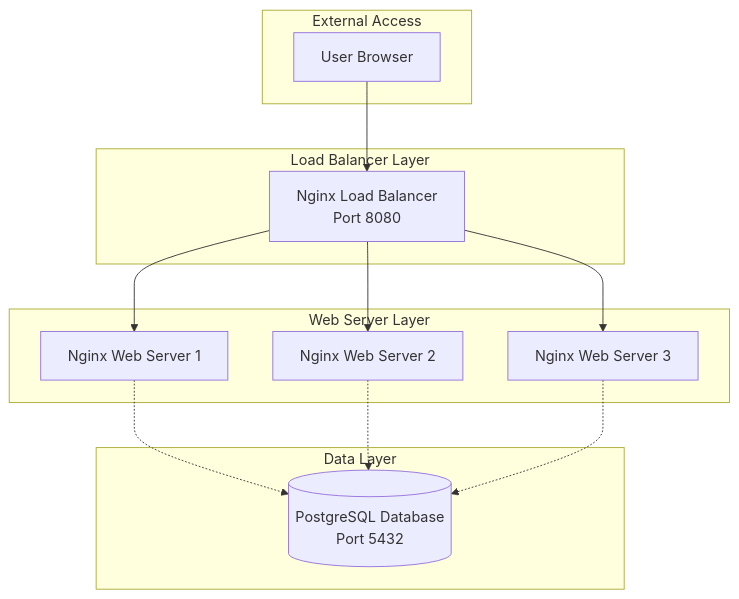
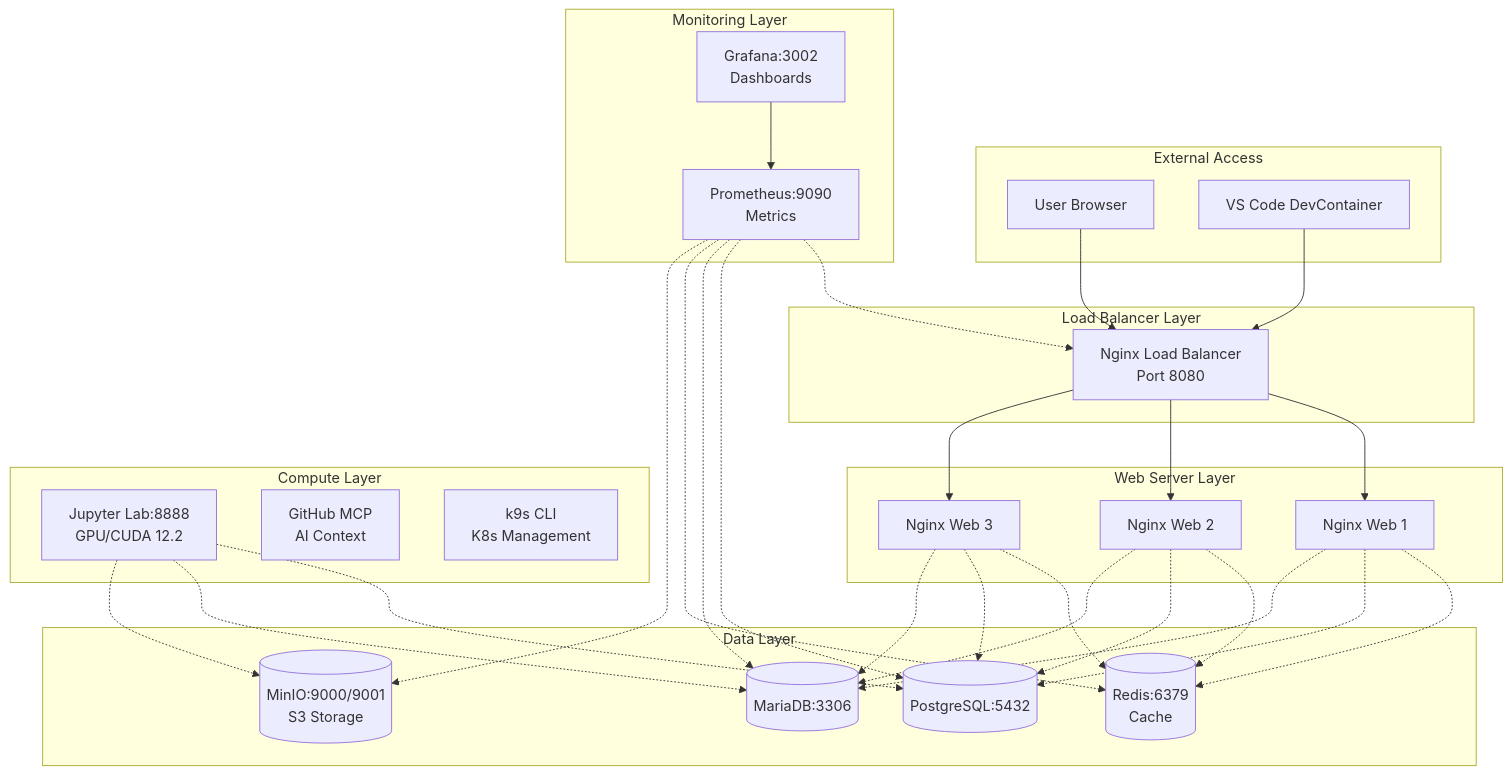
Before and after one commit to DeanLuus22021994/docker_dotfiles: the diagram in docs/architecture.md, drawn with Mermaid. The commit also changed 29 other files, not shown here.

First line of the commit message:
feat: Modern Data Platform v2.0 - Complete restructure with GPU, dual DBs, monitoring, AI integration

````diff
--- a/docs/architecture.md
+++ b/docs/architecture.md
@@ -7,28 +7,45 @@
 ```mermaid
 graph TB
     subgraph "External Access"
         User[User Browser]
+        DevContainer[VS Code DevContainer]
     end
 
     subgraph "Load Balancer Layer"
         LB[Nginx Load Balancer<br/>Port 8080]
     end
 
     subgraph "Web Server Layer"
-        Web1[Nginx Web Server 1]
-        Web2[Nginx Web Server 2]
-        Web3[Nginx Web Server 3]
+        Web1[Nginx Web 1]
+        Web2[Nginx Web 2]
+        Web3[Nginx Web 3]
     end
 
     subgraph "Data Layer"
-        PostgreSQL[(PostgreSQL Database<br/>Port 5432)]
+        PostgreSQL[(PostgreSQL:5432)]
+        MariaDB[(MariaDB:3306)]
+        Redis[(Redis:6379<br/>Cache)]
+        MinIO[(MinIO:9000/9001<br/>S3 Storage)]
+    end
+
+    subgraph "Compute Layer"
+        Jupyter[Jupyter Lab:8888<br/>GPU/CUDA 12.2]
+        GithubMCP[GitHub MCP<br/>AI Context]
+        K9s[k9s CLI<br/>K8s Management]
+    end
+
+    subgraph "Monitoring Layer"
+        Grafana[Grafana:3002<br/>Dashboards]
+        Prometheus[Prometheus:9090<br/>Metrics]
     end
 
     User --> LB
-    LB --> Web1
-    LB --> Web2
-    LB --> Web3
-    Web1 -.-> PostgreSQL
-    Web2 -.-> PostgreSQL
-    Web3 -.-> PostgreSQL
+    DevContainer --> LB
+    LB --> Web1 & Web2 & Web3
+    Web1 & Web2 & Web3 -.-> Redis
+    Web1 & Web2 & Web3 -.-> PostgreSQL
+    Web1 & Web2 & Web3 -.-> MariaDB
+    Jupyter -.-> PostgreSQL & MariaDB & MinIO
+    Grafana --> Prometheus
+    Prometheus -.-> LB & PostgreSQL & MariaDB & Redis & MinIO
 ```
````
